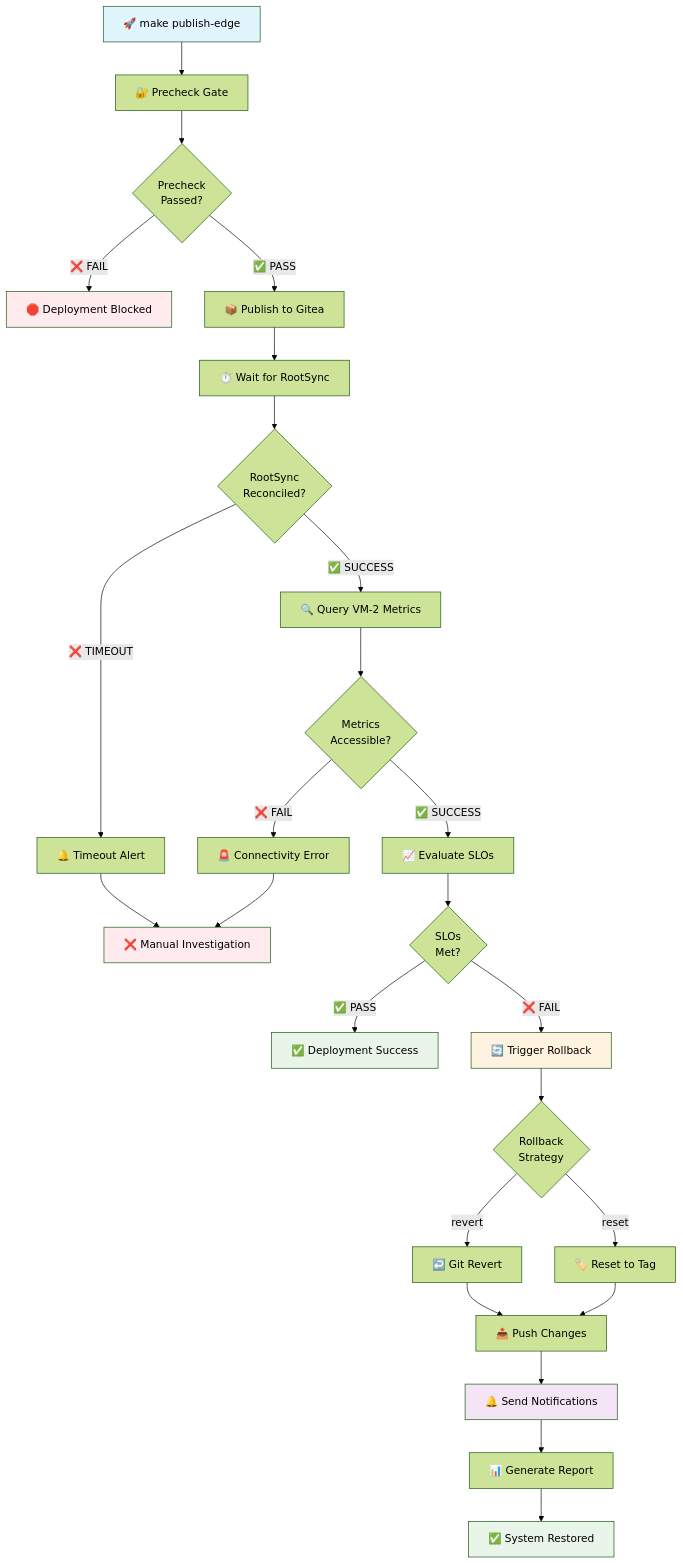
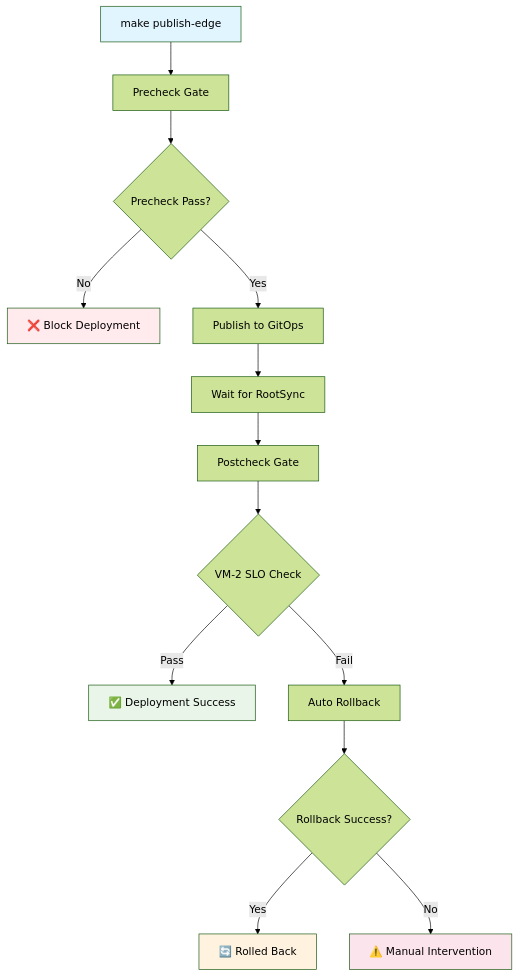
Before and after one commit to thc1006/nephio-intent-to-o2-demo: the diagram in docs/DEPLOYMENT-GUARD.md, drawn with Mermaid (forest theme). The commit also changed other lines of this file and 23 other files, not shown here.

First line of the commit message:
feat: Complete Nephio Intent-to-O2 pipeline with SLO-gated GitOps and supply chain security

````diff
--- a/docs/DEPLOYMENT-GUARD.md
+++ b/docs/DEPLOYMENT-GUARD.md
@@ -23,41 +15,21 @@
 ```mermaid
-flowchart TD
-    A["🚀 make publish-edge"] --> B["🔐 Precheck Gate"]
-    B --> C{"Precheck\nPassed?"}
-    C -->|❌ FAIL| D["🛑 Deployment Blocked"]
-    C -->|✅ PASS| E["📦 Publish to Gitea"]
-    
-    E --> F["⏱️ Wait for RootSync"]
-    F --> G{"RootSync\nReconciled?"}
-    G -->|❌ TIMEOUT| H["🔔 Timeout Alert"]
-    G -->|✅ SUCCESS| I["🔍 Query VM-2 Metrics"]
-    
-    I --> J{"Metrics\nAccessible?"}
-    J -->|❌ FAIL| K["🚨 Connectivity Error"]
-    J -->|✅ SUCCESS| L["📈 Evaluate SLOs"]
-    
-    L --> M{"SLOs\nMet?"}
-    M -->|✅ PASS| N["✅ Deployment Success"]
-    M -->|❌ FAIL| O["🔄 Trigger Rollback"]
-    
-    O --> P{"Rollback\nStrategy"}
-    P -->|revert| Q["↩️ Git Revert"]
-    P -->|reset| R["🏷️ Reset to Tag"]
-    
-    Q --> S["📤 Push Changes"]
-    R --> S
-    S --> T["🔔 Send Notifications"]
-    T --> U["📊 Generate Report"]
-    
-    H --> V["❌ Manual Investigation"]
-    K --> V
-    U --> W["✅ System Restored"]
+graph TD
+    A[make publish-edge] --> B[Precheck Gate]
+    B --> C{Precheck Pass?}
+    C -->|No| D[❌ Block Deployment]
+    C -->|Yes| E[Publish to GitOps]
+    E --> F[Wait for RootSync]
+    F --> G[Postcheck Gate]
+    G --> H{VM-2 SLO Check}
+    H -->|Pass| I[✅ Deployment Success]
+    H -->|Fail| J[Auto Rollback]
+    J --> K{Rollback Success?}
+    K -->|Yes| L[🔄 Rolled Back]
+    K -->|No| M[⚠️ Manual Intervention]
     
     style A fill:#e1f5fe
-    style N fill:#e8f5e8
-    style W fill:#e8f5e8
     style D fill:#ffebee
-    style V fill:#ffebee
-    style O fill:#fff3e0
-    style T fill:#f3e5f5
+    style I fill:#e8f5e8
+    style L fill:#fff3e0
+    style M fill:#fce4ec
 ```
````
